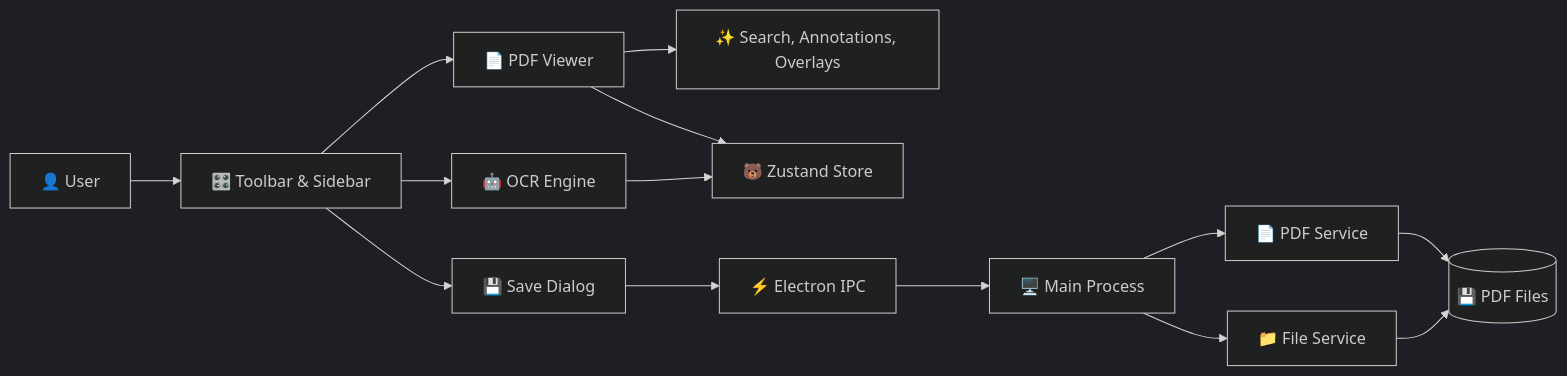
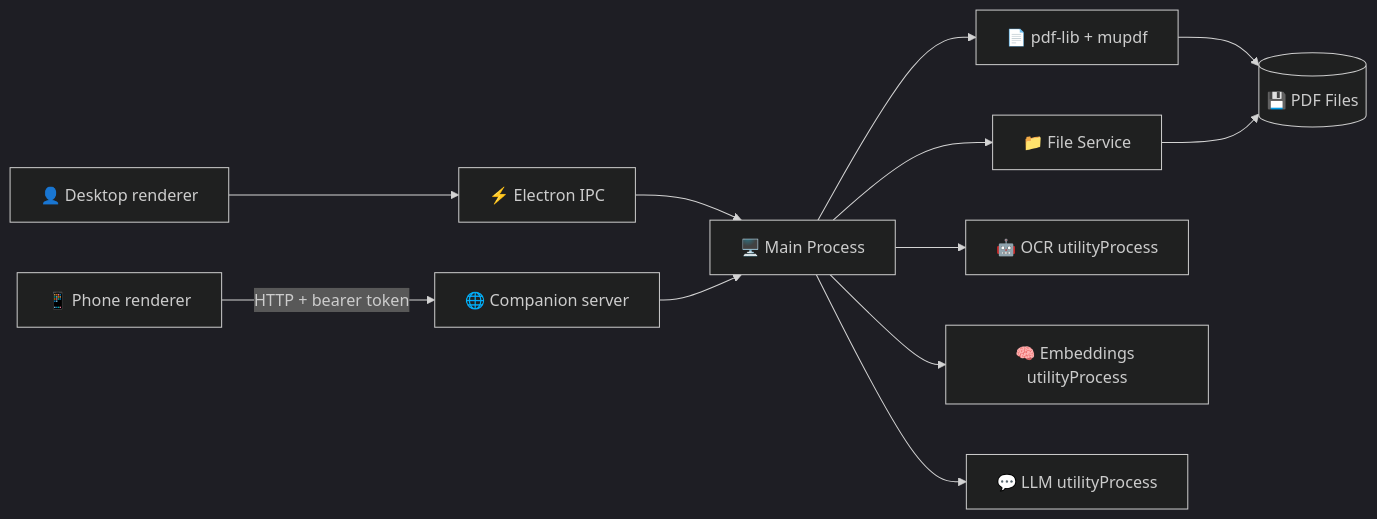
One commit to jana1998/portable-document-formatter changed the diagram in README.md. Above: the diagram before and after it, drawn with Mermaid (dark theme). The commit also changed other lines of this file and 34 other files, not shown here.

First line of the commit message:
feat: add WelcomeHero, LibraryPicker, ReaderMode, SettingsDialog, FloatingToolbar components

````diff
--- a/README.md
+++ b/README.md
@@ -161,16 +188,14 @@
 ```mermaid
 flowchart LR
-    User[👤 User] --> Toolbar[🎛️ Toolbar & Sidebar]
-    Toolbar --> Viewer[📄 PDF Viewer]
-    Viewer --> Overlays[✨ Search, Annotations, Overlays]
-    Toolbar --> OCR[🤖 OCR Engine]
-    Toolbar --> Save[💾 Save Dialog]
-    Viewer --> Store[🐻 Zustand Store]
-    OCR --> Store
-    Save --> IPC[⚡ Electron IPC]
+    Desktop[👤 Desktop renderer] --> IPC[⚡ Electron IPC]
+    Phone[📱 Phone renderer] -- HTTP + bearer token --> Companion[🌐 Companion server]
     IPC --> Main[🖥️ Main Process]
-    Main --> PDFService[📄 PDF Service]
+    Companion --> Main
+    Main --> PDFService[📄 pdf-lib + mupdf]
     Main --> FileService[📁 File Service]
+    Main --> OCR[🤖 OCR utilityProcess]
+    Main --> Embeddings[🧠 Embeddings utilityProcess]
+    Main --> LLM[💬 LLM utilityProcess]
     PDFService --> Files[(💾 PDF Files)]
     FileService --> Files
 ```
````
